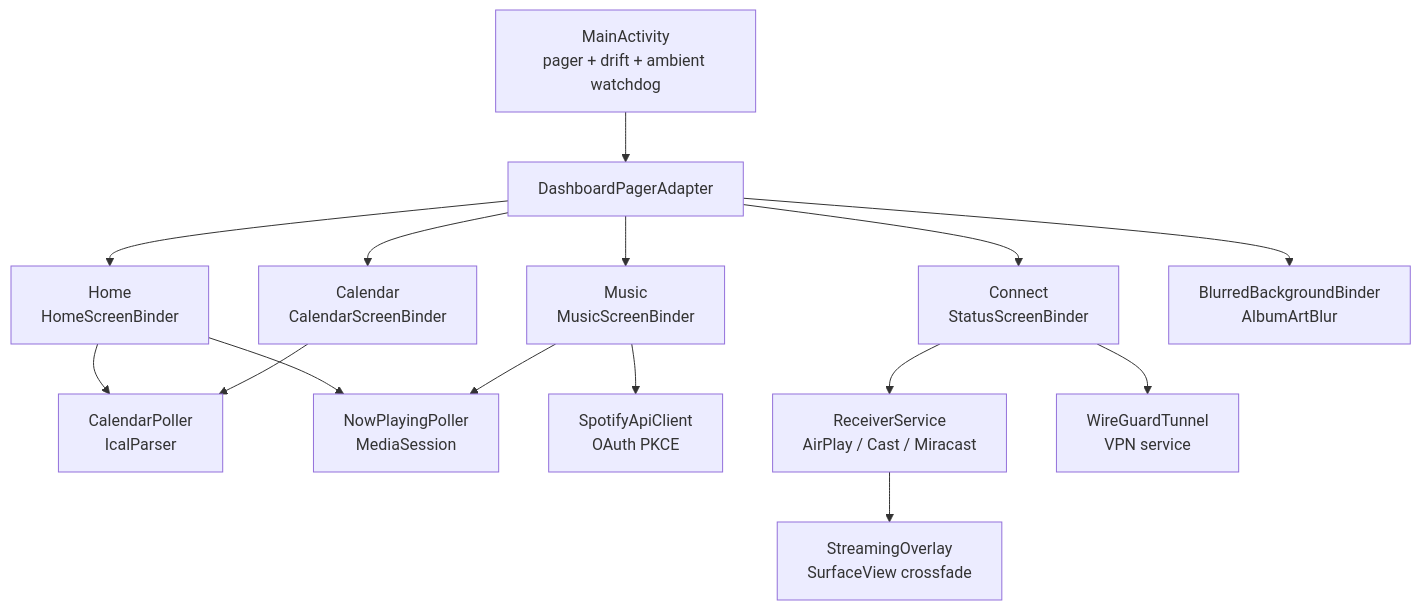
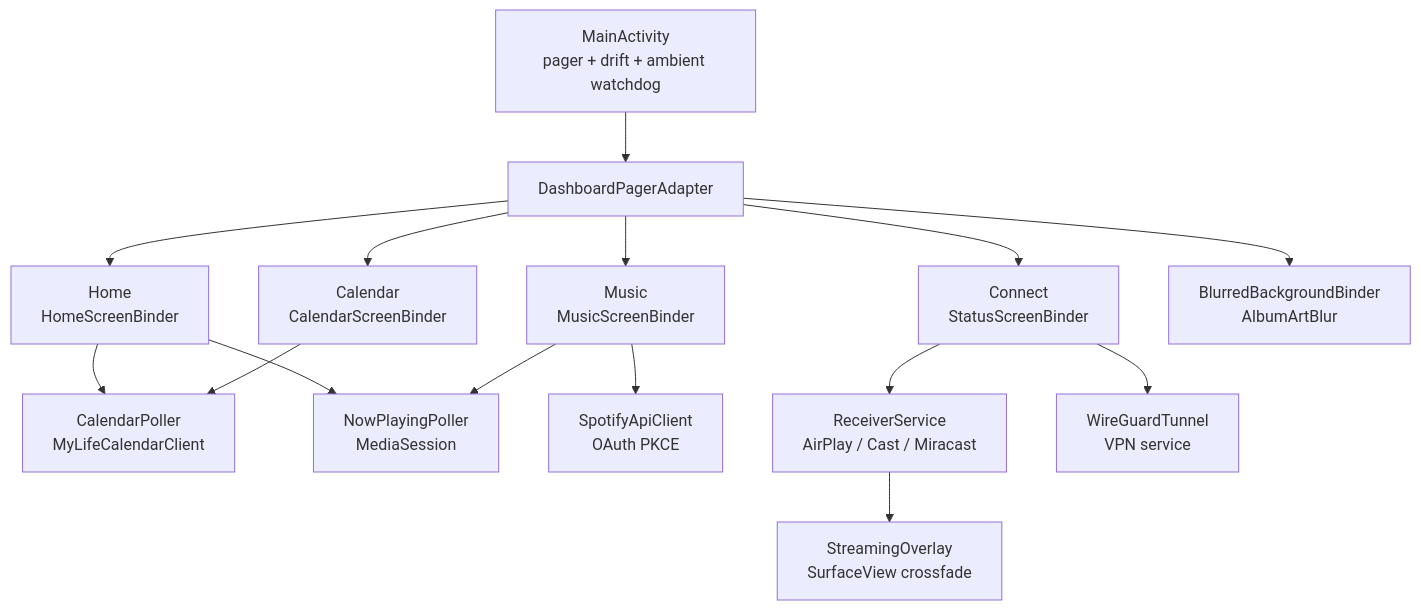
Before and after one commit to the-mrinal/Dock: the diagram in README.md, drawn with Mermaid. The commit also changed other lines of this file and 25 other files, not shown here.

````diff
--- a/README.md
+++ b/README.md
@@ -210,21 +210,21 @@
 ```mermaid
 flowchart TD
     MA[MainActivity<br/>pager + drift + ambient watchdog] --> DP[DashboardPagerAdapter]
     DP --> C[Connect<br/>StatusScreenBinder]
     DP --> H[Home<br/>HomeScreenBinder]
     DP --> CA[Calendar<br/>CalendarScreenBinder]
     DP --> M[Music<br/>MusicScreenBinder]
     DP --> BG[BlurredBackgroundBinder<br/>AlbumArtBlur]
 
-    H --> CP[CalendarPoller<br/>IcalParser]
+    H --> CP[CalendarPoller<br/>MyLifeCalendarClient]
     CA --> CP
 
     H --> NP[NowPlayingPoller<br/>MediaSession]
     M --> NP
     M --> SC[SpotifyApiClient<br/>OAuth PKCE]
 
     C --> RS[ReceiverService<br/>AirPlay / Cast / Miracast]
     C --> WG[WireGuardTunnel<br/>VPN service]
 
     RS --> SO[StreamingOverlay<br/>SurfaceView crossfade]
 ```
````
